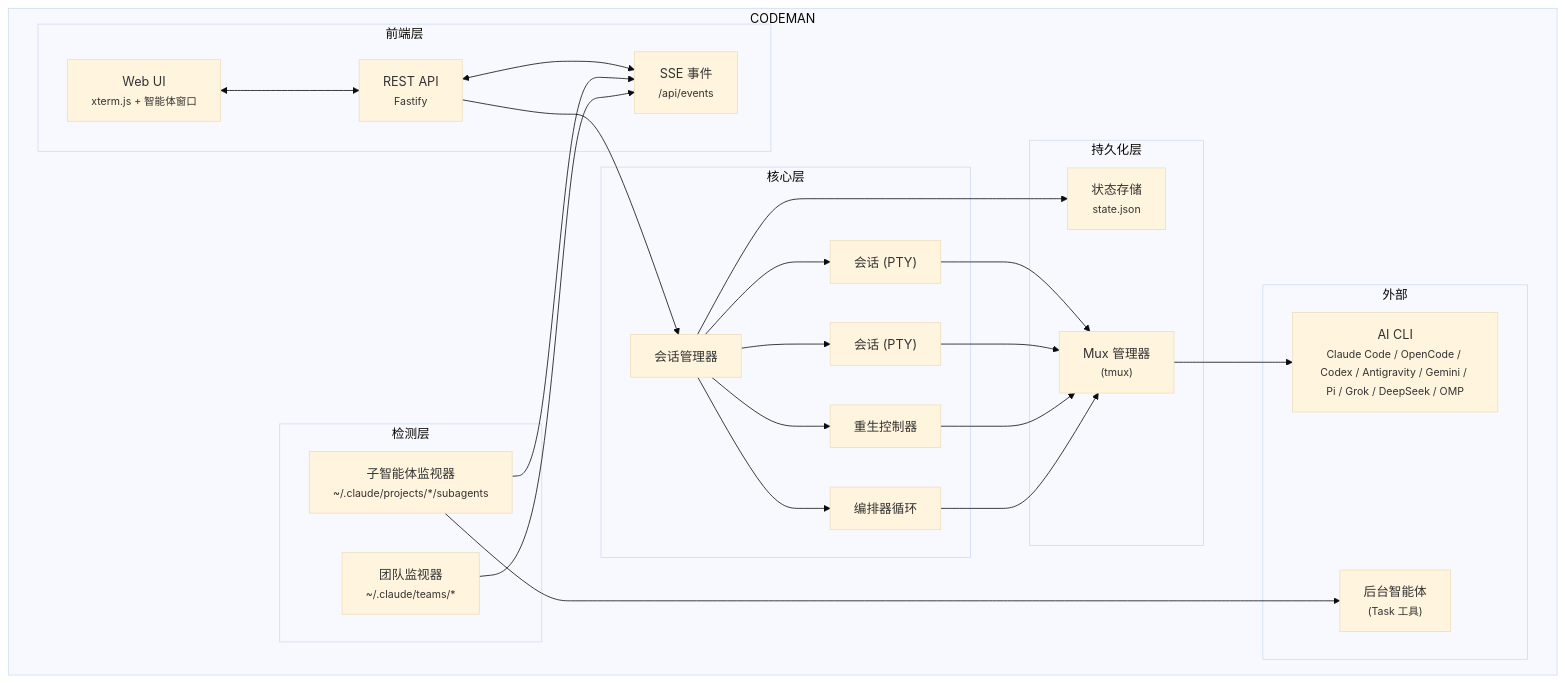
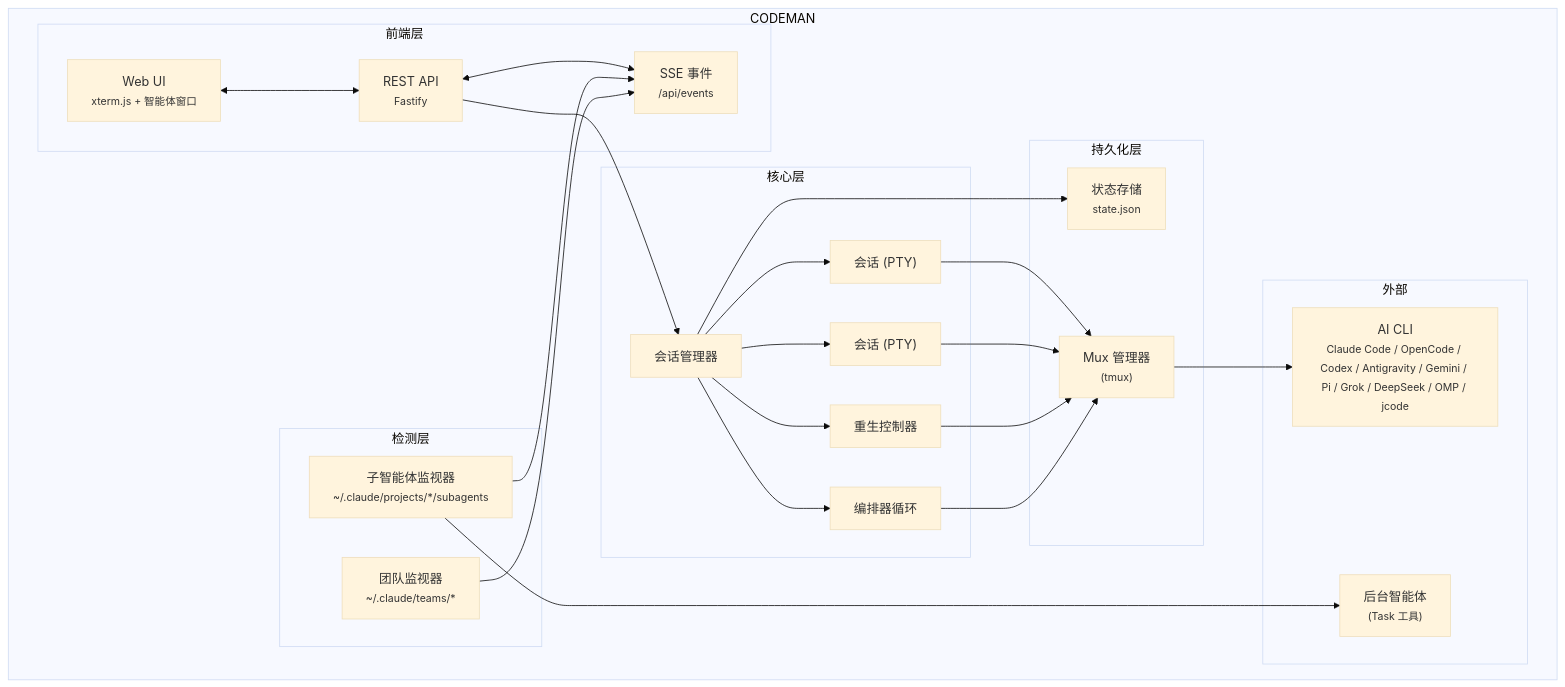
The diagram in README.zh-CN.md (Ark0N/Codeman), drawn with Mermaid (base theme) before and after one commit. The commit also changed other lines of this file and 65 other files, not shown here.

````diff
--- a/README.zh-CN.md
+++ b/README.zh-CN.md
@@ -1129,50 +1129,50 @@
 ```mermaid
 flowchart TB
     subgraph Codeman["CODEMAN"]
         subgraph Frontend["前端层"]
             UI["Web UI<br/><small>xterm.js + 智能体窗口</small>"]
             API["REST API<br/><small>Fastify</small>"]
             SSE["SSE 事件<br/><small>/api/events</small>"]
         end
 
         subgraph Core["核心层"]
             SM["会话管理器"]
             S1["会话 (PTY)"]
             S2["会话 (PTY)"]
             RC["重生控制器"]
             ORC["编排器循环"]
         end
 
         subgraph Detection["检测层"]
             SW["子智能体监视器<br/><small>~/.claude/projects/*/subagents</small>"]
             TW["团队监视器<br/><small>~/.claude/teams/*</small>"]
         end
 
         subgraph Persistence["持久化层"]
             SCR["Mux 管理器<br/><small>(tmux)</small>"]
             SS["状态存储<br/><small>state.json</small>"]
         end
 
         subgraph External["外部"]
-            CLI["AI CLI<br/><small>Claude Code / OpenCode / Codex / Antigravity / Gemini / Pi / Grok / DeepSeek / OMP</small>"]
+            CLI["AI CLI<br/><small>Claude Code / OpenCode / Codex / Antigravity / Gemini / Pi / Grok / DeepSeek / OMP / jcode</small>"]
             BG["后台智能体<br/><small>(Task 工具)</small>"]
         end
     end
 
     UI <--> API
     API <--> SSE
     API --> SM
     SM --> S1
     SM --> S2
     SM --> RC
     SM --> ORC
     SM --> SS
     S1 --> SCR
     S2 --> SCR
     RC --> SCR
     ORC --> SCR
     SCR --> CLI
     SW --> BG
     SW --> SSE
     TW --> SSE
 ```
````
